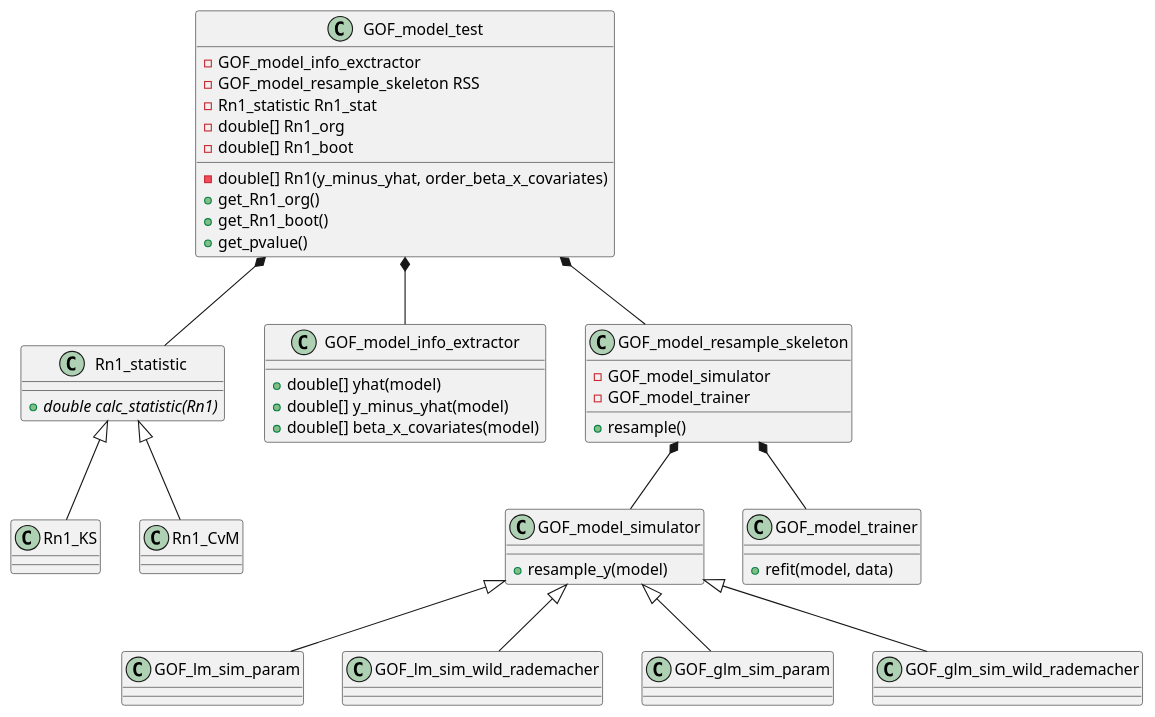
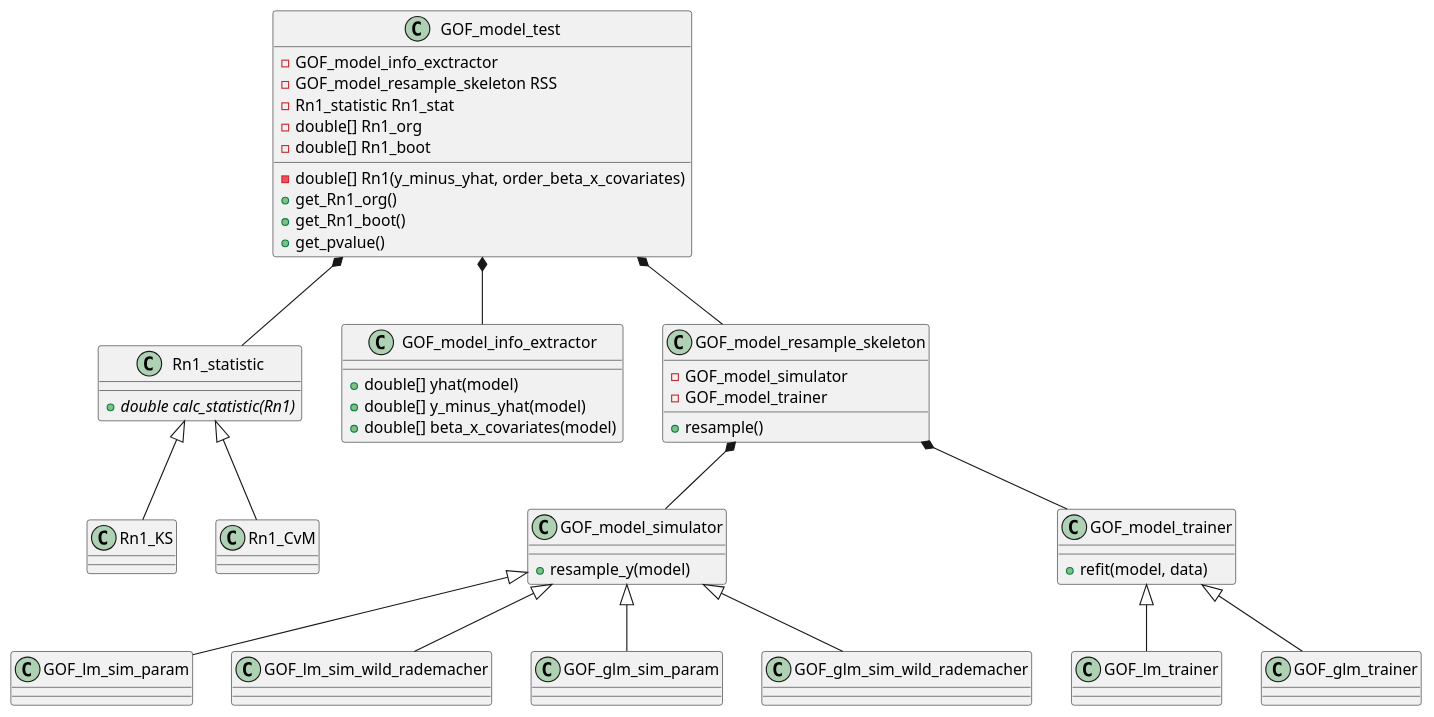
One commit to MarselScheer/bootGOF changed the diagram in design.plantuml. Above: the diagram before and after it, drawn with PlantUML. The commit also changed 2 other files, not shown here.

Commit message:
implement model trainer

```diff
--- a/design.plantuml
+++ b/design.plantuml
@@ -1,43 +1,45 @@
 @startuml
 class Rn1_statistic {
     + {abstract} double calc_statistic(Rn1)
 }
 Rn1_statistic <|-- Rn1_KS
 Rn1_statistic <|-- Rn1_CvM
 class GOF_model_simulator {
     + resample_y(model)
 }
-class GOF_model_trainer {
-    + refit(model, data)
-}
 GOF_model_simulator <|-- GOF_lm_sim_param
 GOF_model_simulator <|-- GOF_lm_sim_wild_rademacher
 GOF_model_simulator <|-- GOF_glm_sim_param
 GOF_model_simulator <|-- GOF_glm_sim_wild_rademacher
+class GOF_model_trainer {
+    + refit(model, data)
+}
+GOF_model_trainer <|-- GOF_lm_trainer
+GOF_model_trainer <|-- GOF_glm_trainer
 class GOF_model_info_extractor {
     + double[] yhat(model)
     + double[] y_minus_yhat(model)
     + double[] beta_x_covariates(model)
 }
 class GOF_model_resample_skeleton {
     - GOF_model_simulator
     - GOF_model_trainer
     + resample()
 }
 GOF_model_resample_skeleton *-- GOF_model_simulator
 GOF_model_resample_skeleton *-- GOF_model_trainer
 class GOF_model_test {
     - GOF_model_info_exctractor
     - GOF_model_resample_skeleton RSS
     - Rn1_statistic Rn1_stat
     - double[] Rn1_org
     - double[] Rn1_boot
     - double[] Rn1(y_minus_yhat, order_beta_x_covariates)
     + get_Rn1_org()
     + get_Rn1_boot()
     + get_pvalue()
 }
 GOF_model_test *-- GOF_model_info_extractor
 GOF_model_test *-- GOF_model_resample_skeleton
 GOF_model_test *-- Rn1_statistic
 @enduml
```
